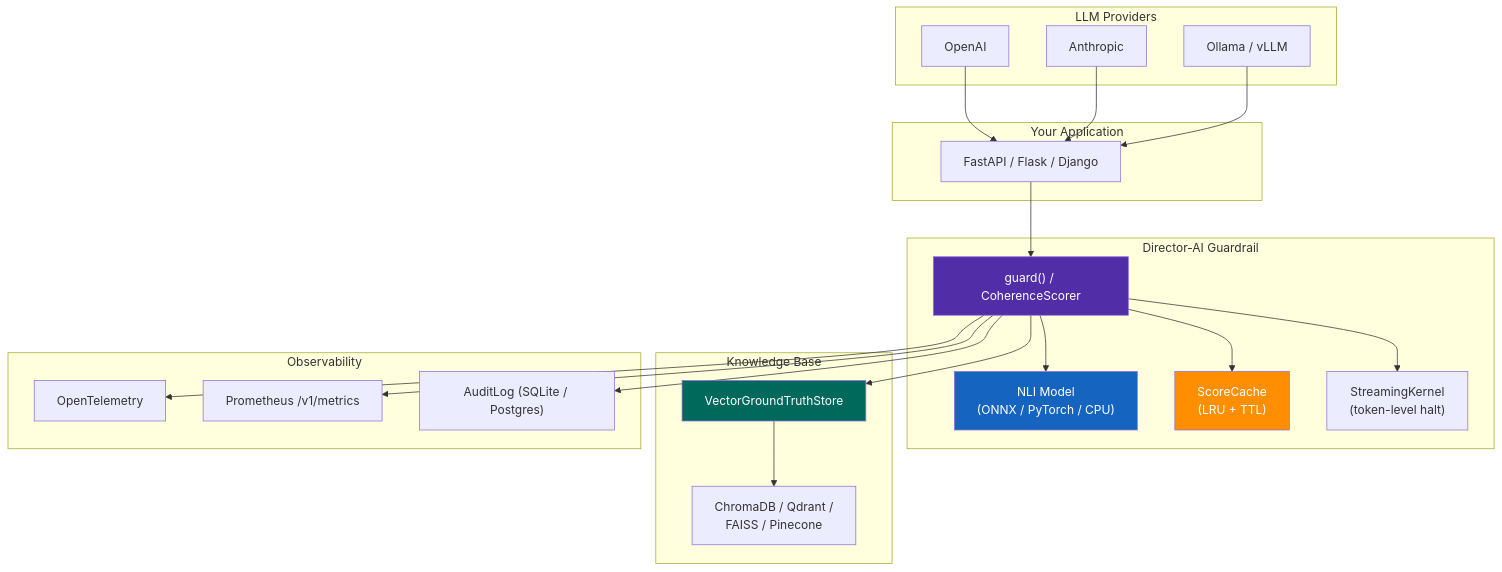
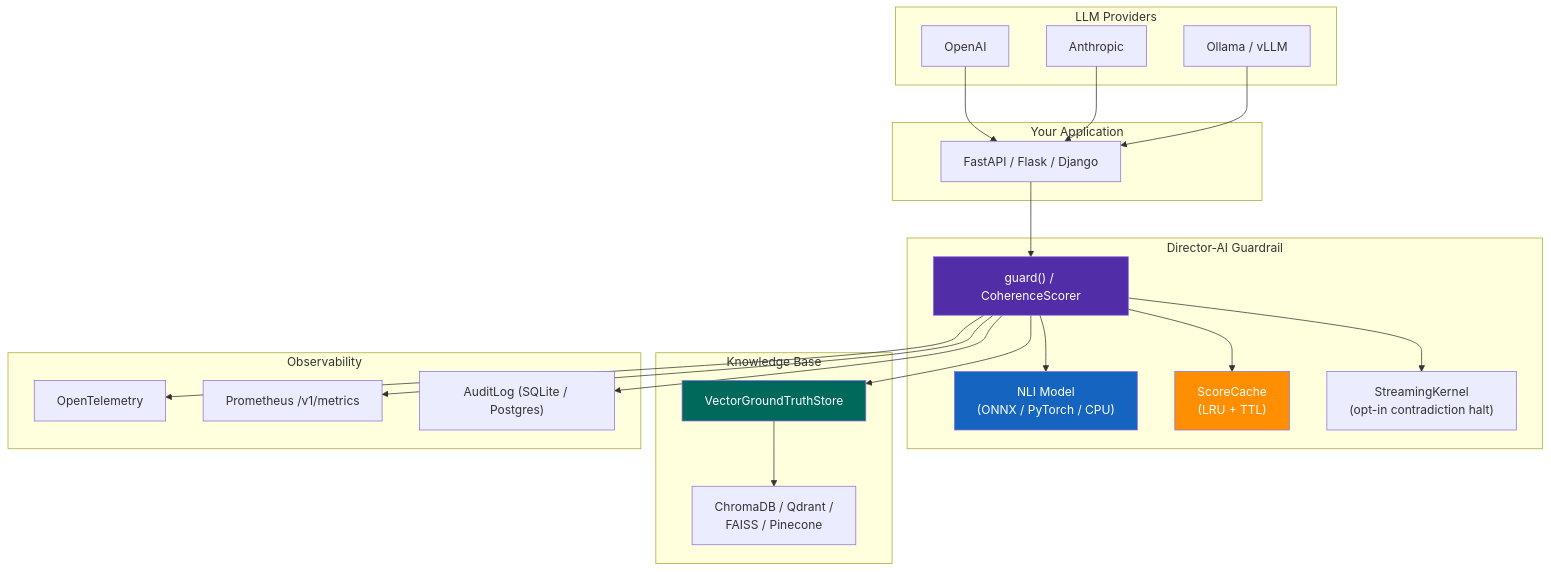
One commit to anulum/director-ai changed the diagram in docs-site/deployment/production.md. Above: the diagram before and after it, drawn with Mermaid. The commit also changed 26 other files, not shown here.

````diff
--- a/docs-site/deployment/production.md
+++ b/docs-site/deployment/production.md
@@ -5,48 +5,48 @@
 ```mermaid
 graph TD
     subgraph "Your Application"
         APP["FastAPI / Flask / Django"]
     end
 
     subgraph "Director-AI Guardrail"
         GUARD["guard() / CoherenceScorer"]
         NLI["NLI Model<br/>(ONNX / PyTorch / CPU)"]
         CACHE["ScoreCache<br/>(LRU + TTL)"]
-        STREAM["StreamingKernel<br/>(token-level halt)"]
+        STREAM["StreamingKernel<br/>(opt-in contradiction halt)"]
     end
 
     subgraph "Knowledge Base"
         KB["VectorGroundTruthStore"]
         CHROMA["ChromaDB / Qdrant /<br/>FAISS / Pinecone"]
     end
 
     subgraph "LLM Providers"
         OAI["OpenAI"]
         ANT["Anthropic"]
         LOCAL["Ollama / vLLM"]
     end
 
     subgraph "Observability"
         OTEL["OpenTelemetry"]
         PROM["Prometheus /v1/metrics"]
         AUDIT["AuditLog (SQLite / Postgres)"]
     end
 
     APP --> GUARD
     GUARD --> NLI
     GUARD --> CACHE
     GUARD --> STREAM
     GUARD --> KB
     KB --> CHROMA
     OAI --> APP
     ANT --> APP
     LOCAL --> APP
     GUARD --> OTEL
     GUARD --> PROM
     GUARD --> AUDIT
 
     style GUARD fill:#512da8,color:#fff
     style NLI fill:#1565c0,color:#fff
     style KB fill:#00695c,color:#fff
     style CACHE fill:#ff8f00,color:#fff
 ```
````
